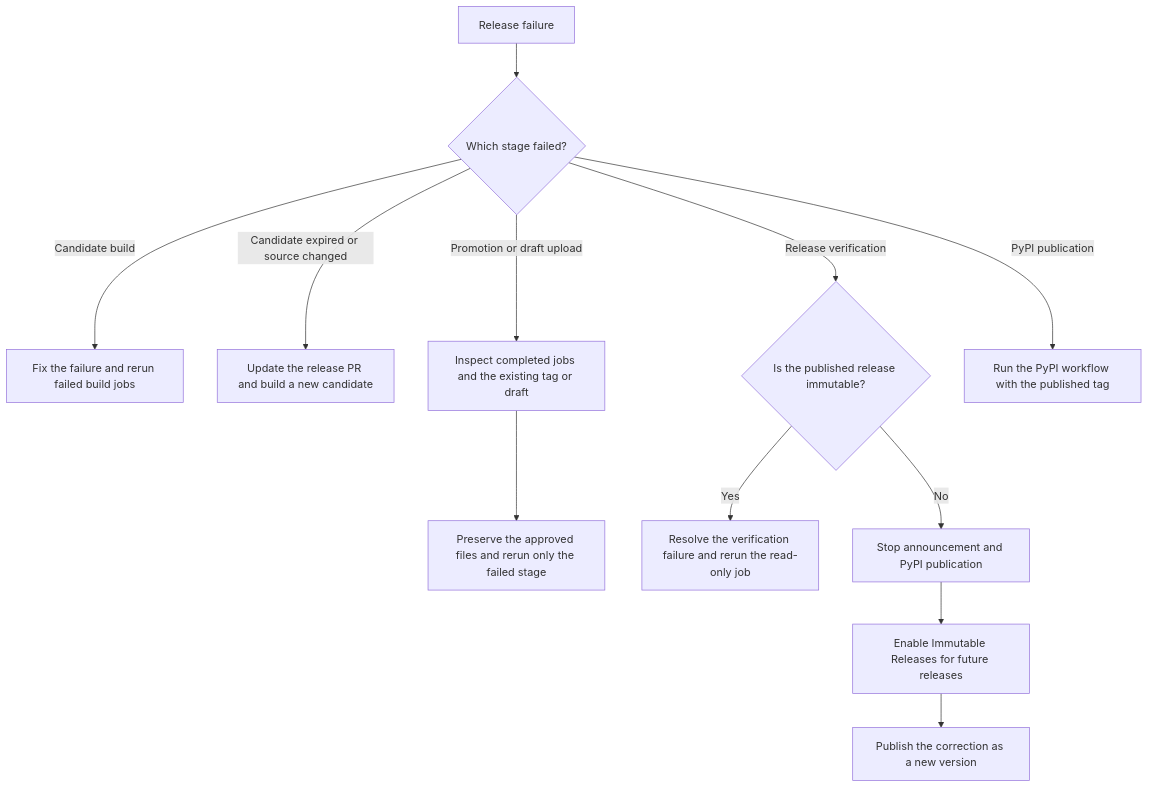
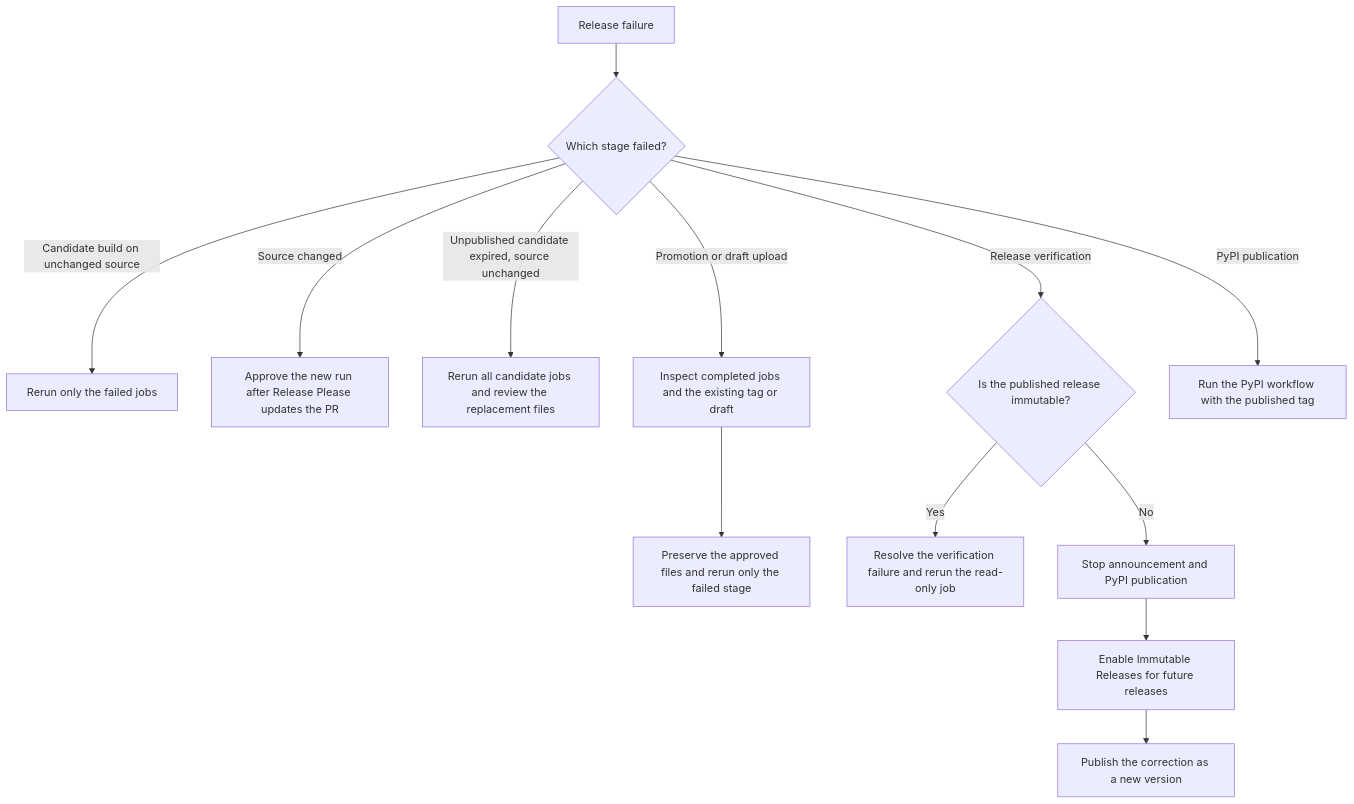
Before and after one commit to NatLabRockies/arco: the second of 2 diagrams in RELEASE_POLICY.md, drawn with Mermaid. The commit also changed other lines of this file and 10 other files, not shown here.

First line of the commit message:
feat(release): validate candidates after native PR approval (#416)

````diff
--- a/RELEASE_POLICY.md
+++ b/RELEASE_POLICY.md
@@ -122,14 +148,15 @@
 ```mermaid
 flowchart TD
     Failure[Release failure] --> Stage{Which stage failed?}
-    Stage -->|Candidate build| Build[Fix the failure and rerun failed build jobs]
-    Stage -->|Candidate expired or source changed| Fresh[Update the release PR and build a new candidate]
+    Stage -->|Candidate build on unchanged source| Build[Rerun only the failed jobs]
+    Stage -->|Source changed| Fresh[Approve the new run after Release Please updates the PR]
+    Stage -->|Unpublished candidate expired, source unchanged| Rebuild[Rerun all candidate jobs and review the replacement files]
     Stage -->|Promotion or draft upload| Inspect[Inspect completed jobs and the existing tag or draft]
     Inspect --> Preserve[Preserve the approved files and rerun only the failed stage]
     Stage -->|Release verification| Verify{Is the published release immutable?}
     Verify -->|Yes| RetryVerify[Resolve the verification failure and rerun the read-only job]
     Verify -->|No| Stop[Stop announcement and PyPI publication]
     Stop --> Configure[Enable Immutable Releases for future releases]
     Configure --> NewVersion[Publish the correction as a new version]
     Stage -->|PyPI publication| PyPI[Run the PyPI workflow with the published tag]
 ```
````
